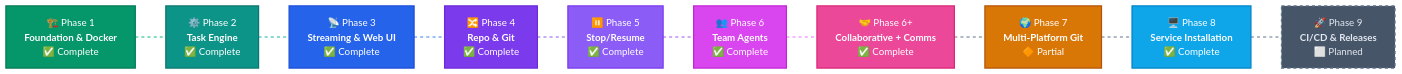
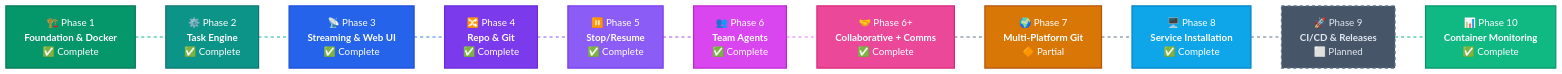
Before and after one commit to davidebaraldo/Klaudio: the diagram in ROADMAP.md, drawn with Mermaid (forest theme). The commit also changed other lines of this file and 7 other files, not shown here.

First line of the commit message:
feat: Phase 10 — real-time container stats monitoring

````diff
--- a/ROADMAP.md
+++ b/ROADMAP.md
@@ -7,36 +7,39 @@
 ```mermaid
 graph LR
     P1["🏗️ Phase 1<br/><b>Foundation & Docker</b><br/>✅ Complete"]
     P2["⚙️ Phase 2<br/><b>Task Engine</b><br/>✅ Complete"]
     P3["📡 Phase 3<br/><b>Streaming & Web UI</b><br/>✅ Complete"]
     P4["🔀 Phase 4<br/><b>Repo & Git</b><br/>✅ Complete"]
     P5["⏸️ Phase 5<br/><b>Stop/Resume</b><br/>✅ Complete"]
     P6["👥 Phase 6<br/><b>Team Agents</b><br/>✅ Complete"]
     P6P["🤝 Phase 6+<br/><b>Collaborative + Comms</b><br/>✅ Complete"]
     P7["🌍 Phase 7<br/><b>Multi-Platform Git</b><br/>🔶 Partial"]
     P8["🖥️ Phase 8<br/><b>Service Installation</b><br/>✅ Complete"]
     P9["🚀 Phase 9<br/><b>CI/CD & Releases</b><br/>⬜ Planned"]
+    P10["📊 Phase 10<br/><b>Container Monitoring</b><br/>✅ Complete"]
 
-    P1 -.- P2 -.- P3 -.- P4 -.- P5 -.- P6 -.- P6P -.- P7 -.- P8 -.- P9
+    P1 -.- P2 -.- P3 -.- P4 -.- P5 -.- P6 -.- P6P -.- P7 -.- P8 -.- P9 -.- P10
 
     style P1 fill:#059669,stroke:#047857,color:#fff,stroke-width:2px
     style P2 fill:#0d9488,stroke:#0f766e,color:#fff,stroke-width:2px
     style P3 fill:#2563eb,stroke:#1d4ed8,color:#fff,stroke-width:2px
     style P4 fill:#7c3aed,stroke:#6d28d9,color:#fff,stroke-width:2px
     style P5 fill:#8b5cf6,stroke:#7c3aed,color:#fff,stroke-width:2px
     style P6 fill:#d946ef,stroke:#c026d3,color:#fff,stroke-width:2px
     style P6P fill:#ec4899,stroke:#db2777,color:#fff,stroke-width:2px
     style P7 fill:#d97706,stroke:#b45309,color:#fff,stroke-width:2px
     style P8 fill:#0ea5e9,stroke:#0284c7,color:#fff,stroke-width:2px
     style P9 fill:#475569,stroke:#64748b,color:#e2e8f0,stroke-width:2px,stroke-dasharray:5
+    style P10 fill:#10b981,stroke:#059669,color:#fff,stroke-width:2px
 
     linkStyle 0 stroke:#10b981,stroke-width:2px,stroke-dasharray:5
     linkStyle 1 stroke:#14b8a6,stroke-width:2px,stroke-dasharray:5
     linkStyle 2 stroke:#3b82f6,stroke-width:2px,stroke-dasharray:5
     linkStyle 3 stroke:#8b5cf6,stroke-width:2px,stroke-dasharray:5
     linkStyle 4 stroke:#a855f7,stroke-width:2px,stroke-dasharray:5
     linkStyle 5 stroke:#e879f9,stroke-width:2px,stroke-dasharray:5
     linkStyle 6 stroke:#64748b,stroke-width:2px,stroke-dasharray:5
     linkStyle 7 stroke:#64748b,stroke-width:2px,stroke-dasharray:5
     linkStyle 8 stroke:#64748b,stroke-width:2px,stroke-dasharray:5
+    linkStyle 9 stroke:#10b981,stroke-width:2px,stroke-dasharray:5
 ```
````
